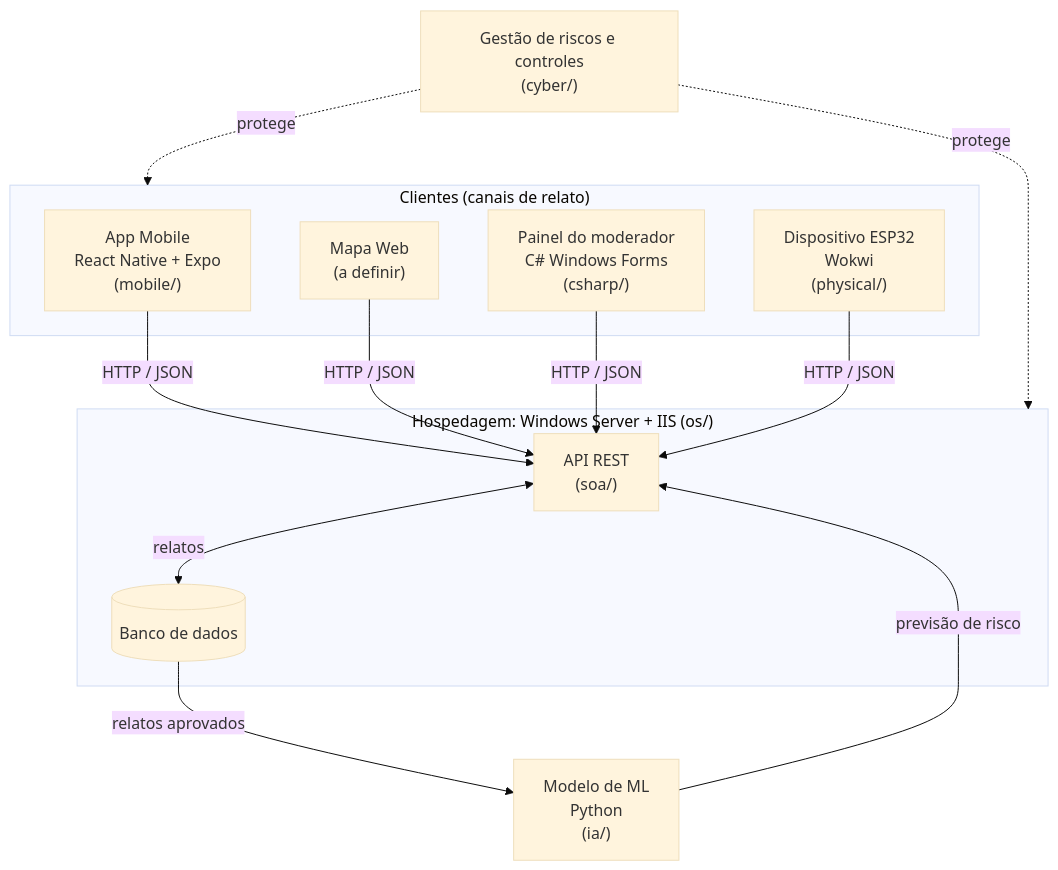
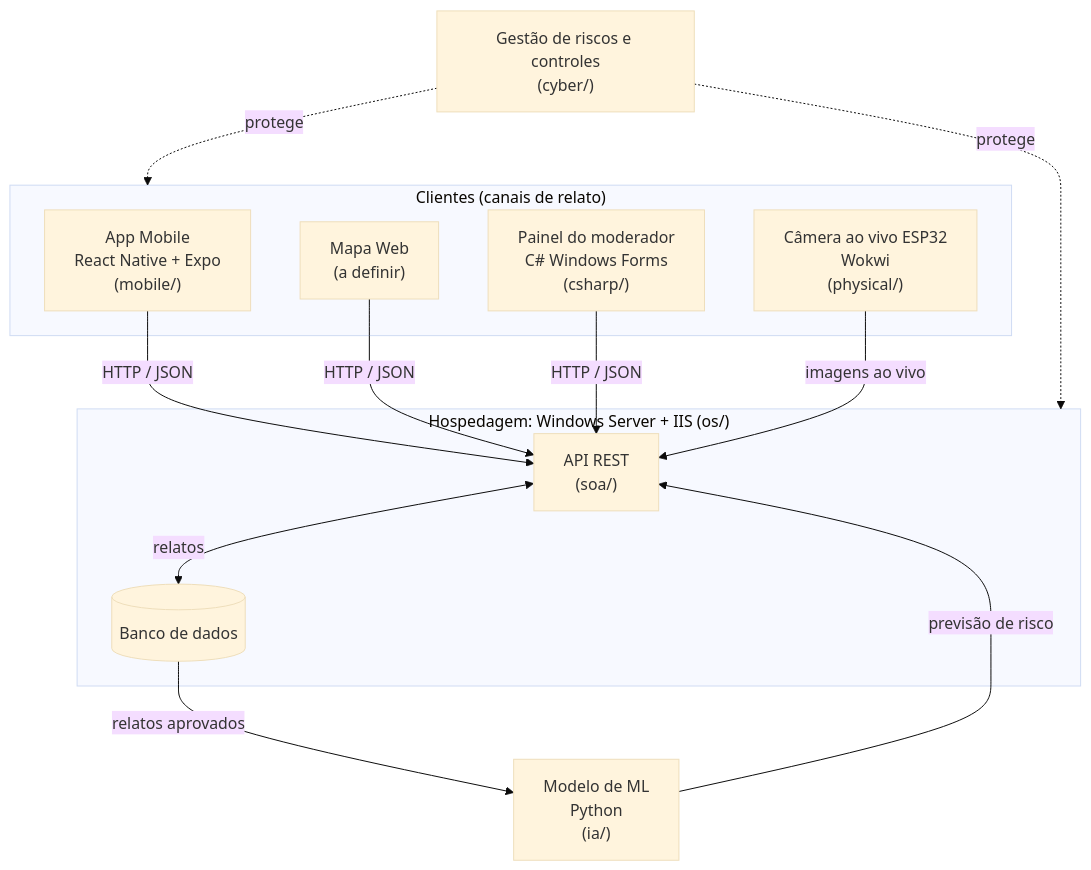
One commit to GrupoMoskitto/gs2026 changed the diagram in docs/especificacao.md. Above: the diagram before and after it, drawn with Mermaid (base theme). The commit also changed other lines of this file and 7 other files, not shown here.

Commit message:
docs: IoT passa a ser a câmera ao vivo

````diff
--- a/docs/especificacao.md
+++ b/docs/especificacao.md
@@ -75,24 +75,25 @@
 ```mermaid
 flowchart TB
     subgraph clientes["Clientes (canais de relato)"]
         MOB["App Mobile<br/>React Native + Expo<br/>(mobile/)"]
         WEB["Mapa Web<br/>(a definir)"]
         DESK["Painel do moderador<br/>C# Windows Forms<br/>(csharp/)"]
-        IOT["Dispositivo ESP32<br/>Wokwi<br/>(physical/)"]
+        IOT["Câmera ao vivo ESP32<br/>Wokwi<br/>(physical/)"]
     end
 
     subgraph host["Hospedagem: Windows Server + IIS (os/)"]
         API["API REST<br/>(soa/)"]
         DB[("Banco de dados")]
     end
 
     ML["Modelo de ML<br/>Python<br/>(ia/)"]
     SEC["Gestão de riscos e controles<br/>(cyber/)"]
 
-    MOB & WEB & DESK & IOT -->|"HTTP / JSON"| API
+    MOB & WEB & DESK -->|"HTTP / JSON"| API
+    IOT -->|"imagens ao vivo"| API
     API <-->|"relatos"| DB
     DB -->|"relatos aprovados"| ML
     ML -->|"previsão de risco"| API
     SEC -.->|"protege"| host
     SEC -.->|"protege"| clientes
 ```
````
